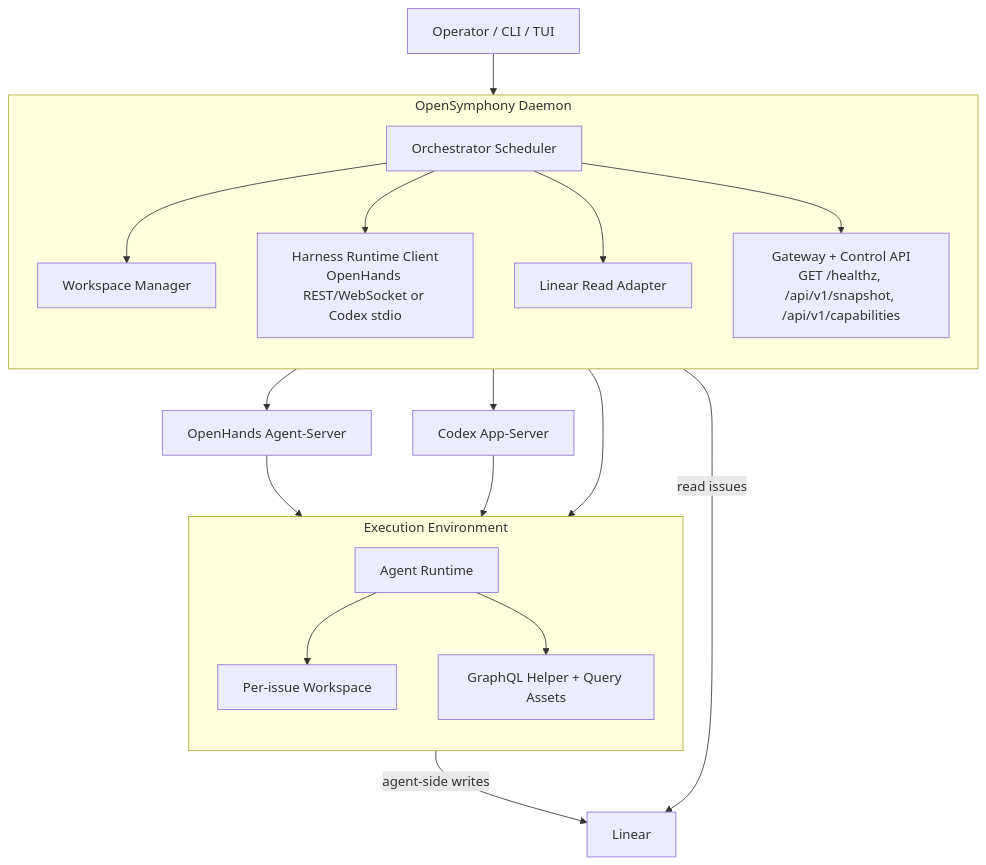
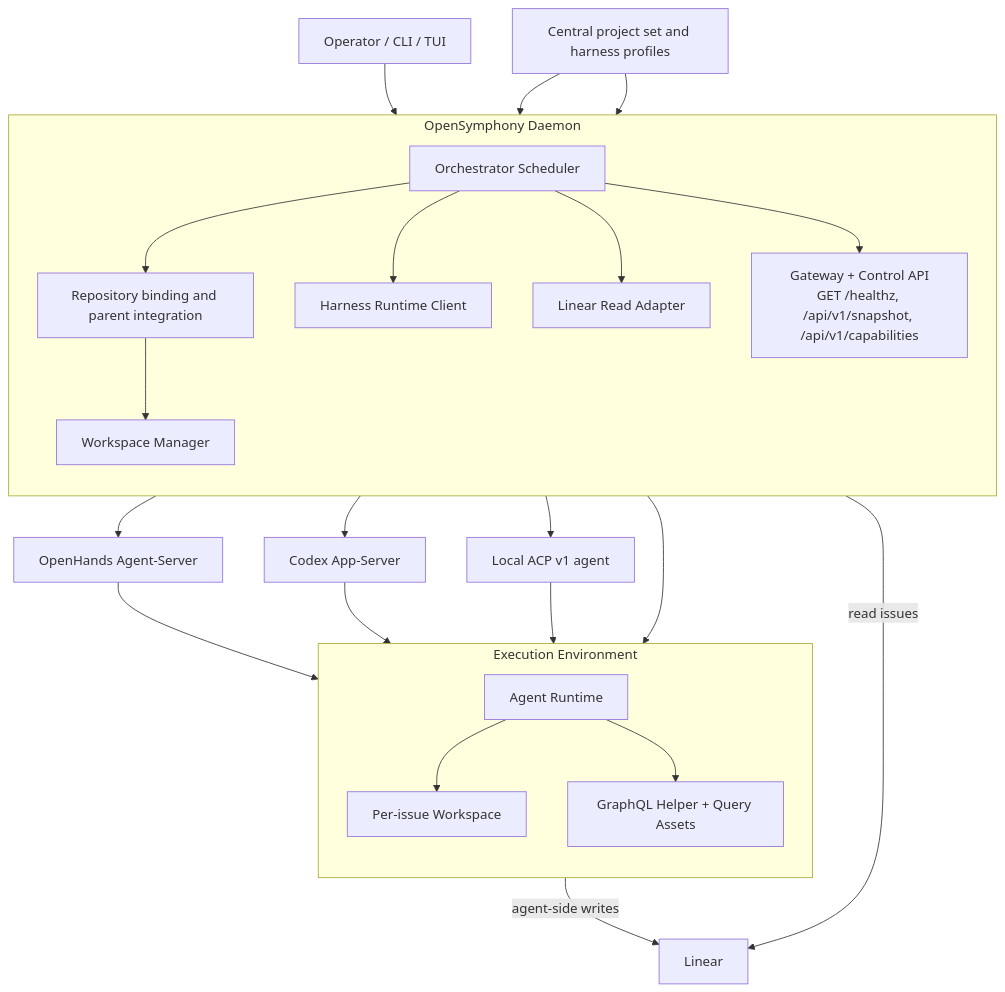
Before and after one commit to kumanday/OpenSymphony: the diagram in README.md, drawn with Mermaid. The commit also changed other lines of this file and 15 other files, not shown here.

````diff
--- a/README.md
+++ b/README.md
@@ -329,41 +344,48 @@
 ```mermaid
 flowchart TB
     operator["Operator / CLI / TUI"]
 
     subgraph daemon["OpenSymphony Daemon"]
         direction TB
         orchestrator["Orchestrator Scheduler"]
         workspace["Workspace Manager"]
         control["Gateway + Control API<br/>GET /healthz, /api/v1/snapshot, /api/v1/capabilities"]
-        runtime["Harness Runtime Client<br/>OpenHands REST/WebSocket or Codex stdio"]
+        runtime["Harness Runtime Client"]
         linear_read["Linear Read Adapter"]
+        routing["Repository binding and parent integration"]
 
-        orchestrator --> workspace
+        orchestrator --> routing --> workspace
         orchestrator --> runtime
         orchestrator --> linear_read
         orchestrator --> control
     end
 
     subgraph execution["Execution Environment"]
         direction TB
         issue_ws["Per-issue Workspace"]
         agent["Agent Runtime"]
         graphql["GraphQL Helper + Query Assets"]
 
         agent --> issue_ws
         agent --> graphql
     end
 
     linear["Linear"]
     openhands["OpenHands Agent-Server"]
     codex["Codex App-Server"]
+    acp["Local ACP v1 agent"]
+    config["Central project set and harness profiles"]
 
     operator --> control
+    config --> routing
+    config --> runtime
     workspace --> issue_ws
     runtime --> openhands
     runtime --> codex
+    runtime --> acp
     openhands --> agent
     codex --> agent
+    acp --> agent
     linear_read -->|read issues| linear
     graphql -->|agent-side writes| linear
 ```
````
